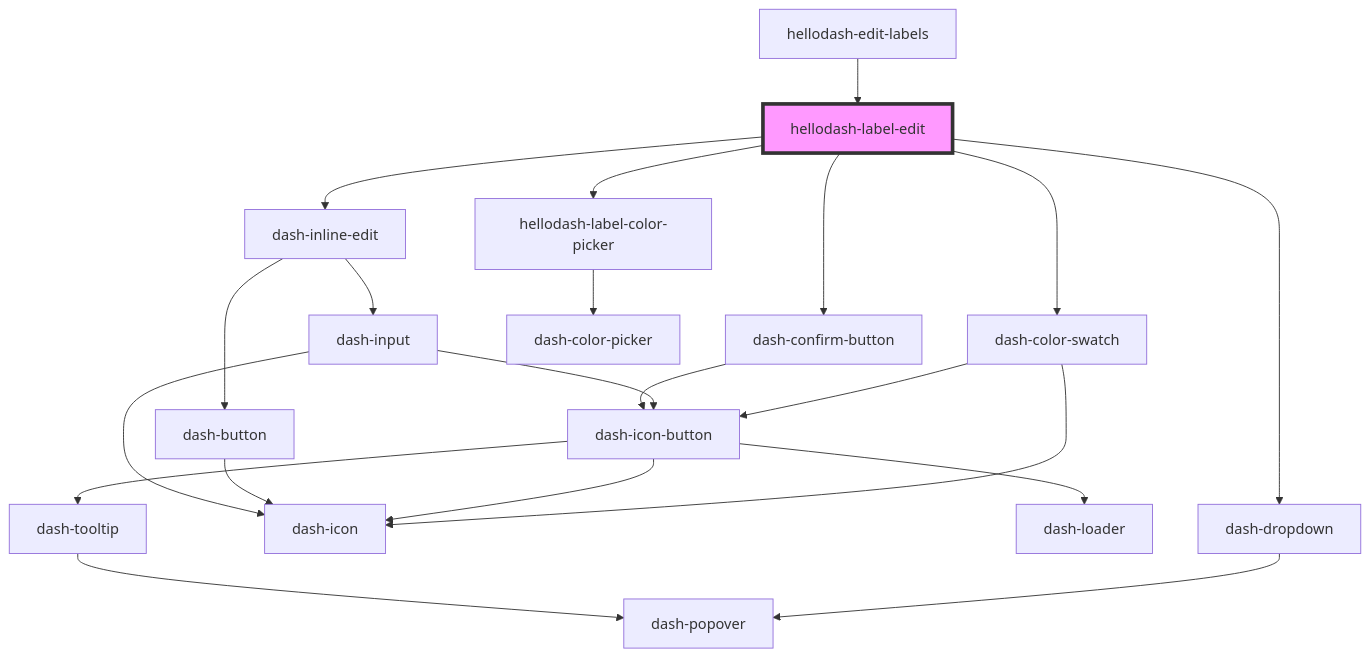
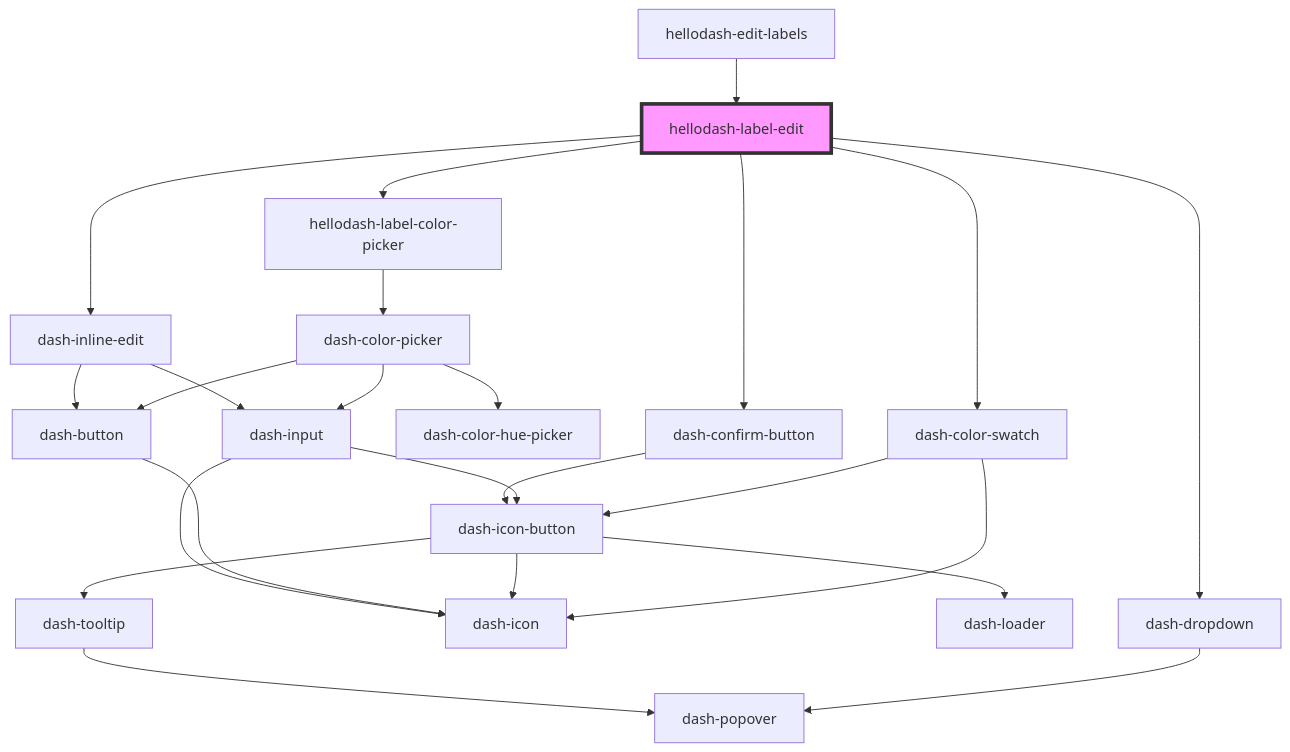
Before and after one commit to jmanke/dash: the diagram in packages/hellodash-components/src/components/hellodash-label-edit/readme.md, drawn with Mermaid. The commit also changed 13 other files, not shown here.

````diff
--- a/packages/hellodash-components/src/components/hellodash-label-edit/readme.md
+++ b/packages/hellodash-components/src/components/hellodash-label-edit/readme.md
@@ -38,24 +38,27 @@
 ```mermaid
 graph TD;
   hellodash-label-edit --> dash-dropdown
   hellodash-label-edit --> dash-color-swatch
   hellodash-label-edit --> hellodash-label-color-picker
   hellodash-label-edit --> dash-inline-edit
   hellodash-label-edit --> dash-confirm-button
   dash-dropdown --> dash-popover
   dash-color-swatch --> dash-icon-button
   dash-color-swatch --> dash-icon
   dash-icon-button --> dash-icon
   dash-icon-button --> dash-loader
   dash-icon-button --> dash-tooltip
   dash-tooltip --> dash-popover
   hellodash-label-color-picker --> dash-color-picker
-  dash-inline-edit --> dash-button
-  dash-inline-edit --> dash-input
+  dash-color-picker --> dash-color-hue-picker
+  dash-color-picker --> dash-button
+  dash-color-picker --> dash-input
   dash-button --> dash-icon
   dash-input --> dash-icon
   dash-input --> dash-icon-button
+  dash-inline-edit --> dash-button
+  dash-inline-edit --> dash-input
   dash-confirm-button --> dash-icon-button
   hellodash-edit-labels --> hellodash-label-edit
   style hellodash-label-edit fill:#f9f,stroke:#333,stroke-width:4px
 ```
````
